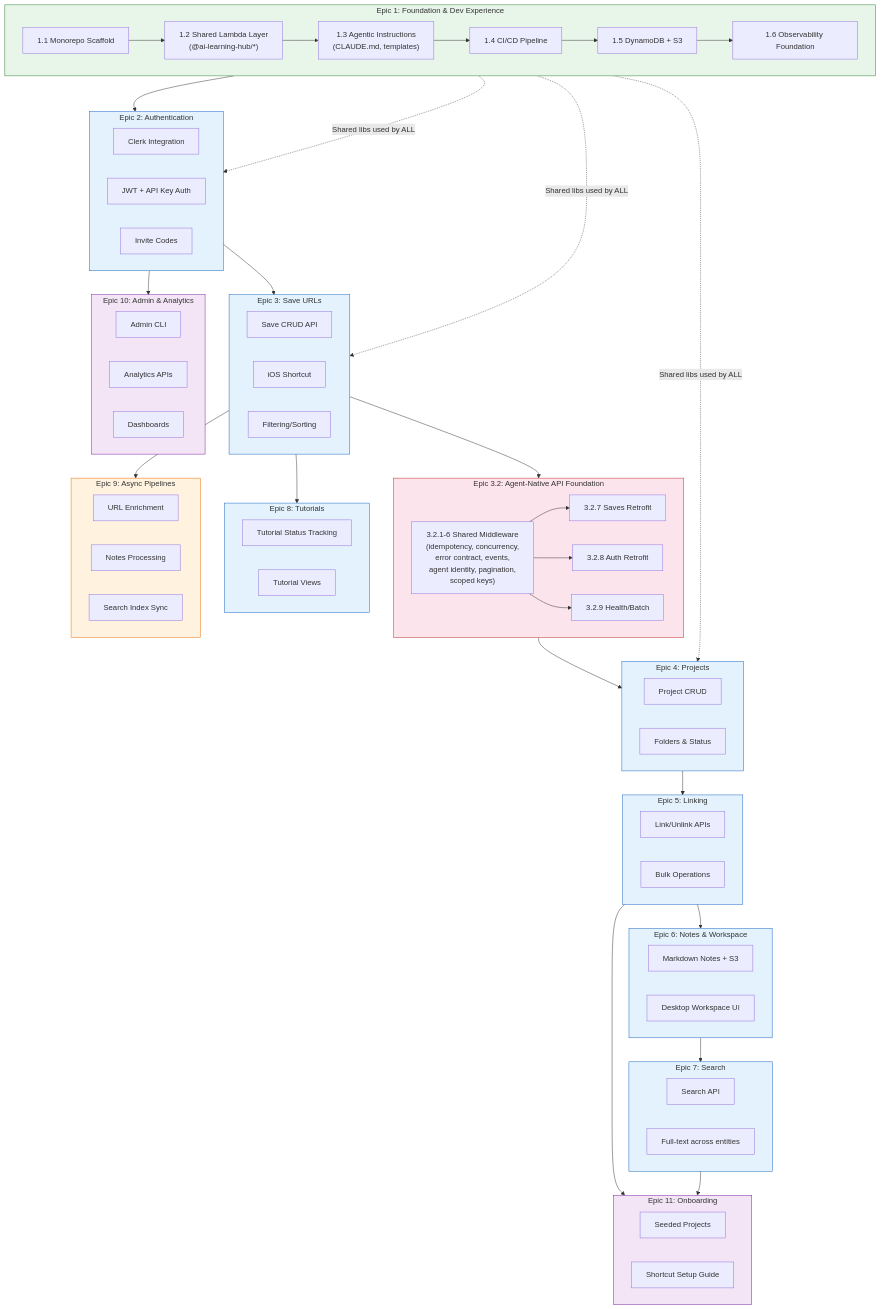
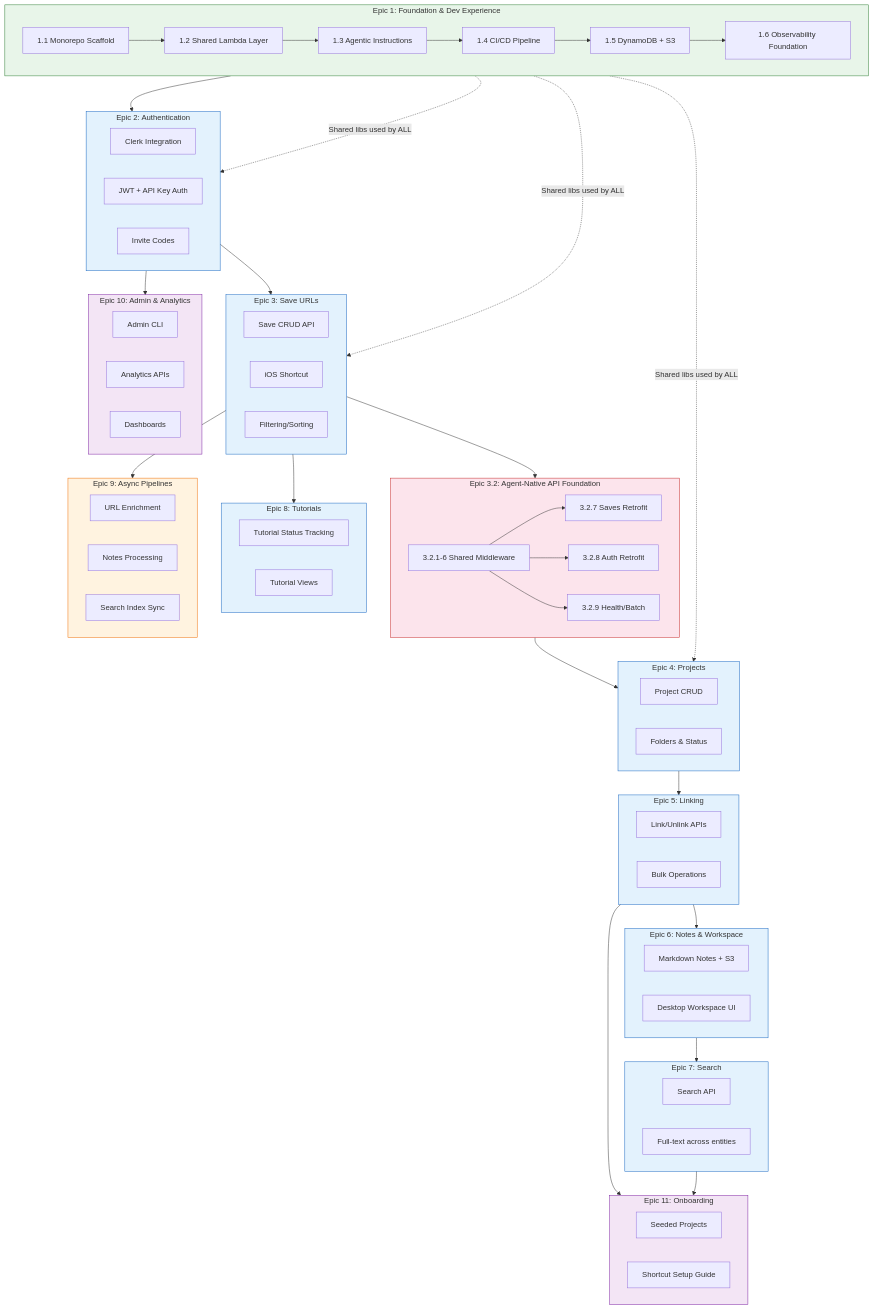
One commit to cirruslycurious/ai-learning-hub changed the diagram in _bmad-output/planning-artifacts/epics.md. Above: the diagram before and after it, drawn with Mermaid. The commit also changed other lines of this file, not shown here.

First line of the commit message:
docs: add Epic 3.1 stories 3.1.6-3.1.9 and fix Mermaid rendering #207

```diff
--- a/_bmad-output/planning-artifacts/epics.md
+++ b/_bmad-output/planning-artifacts/epics.md
@@ -409,8 +409,8 @@
 flowchart TB
     subgraph Foundation["Epic 1: Foundation & Dev Experience"]
         F1["1.1 Monorepo Scaffold"]
-        F2["1.2 Shared Lambda Layer<br/>(@ai-learning-hub/*)"]
-        F3["1.3 Agentic Instructions<br/>(CLAUDE.md, templates)"]
+        F2["1.2 Shared Lambda Layer"]
+        F3["1.3 Agentic Instructions"]
         F4["1.4 CI/CD Pipeline"]
         F5["1.5 DynamoDB + S3"]
         F6["1.6 Observability Foundation"]
@@ -435,7 +435,7 @@
     end
 
     subgraph AgentNative["Epic 3.2: Agent-Native API Foundation"]
-        AN1["3.2.1-6 Shared Middleware<br/>(idempotency, concurrency,<br/>error contract, events,<br/>agent identity, pagination,<br/>scoped keys)"]
+        AN1["3.2.1-6 Shared Middleware"]
         AN2["3.2.7 Saves Retrofit"]
         AN3["3.2.8 Auth Retrofit"]
         AN4["3.2.9 Health/Batch"]
```
